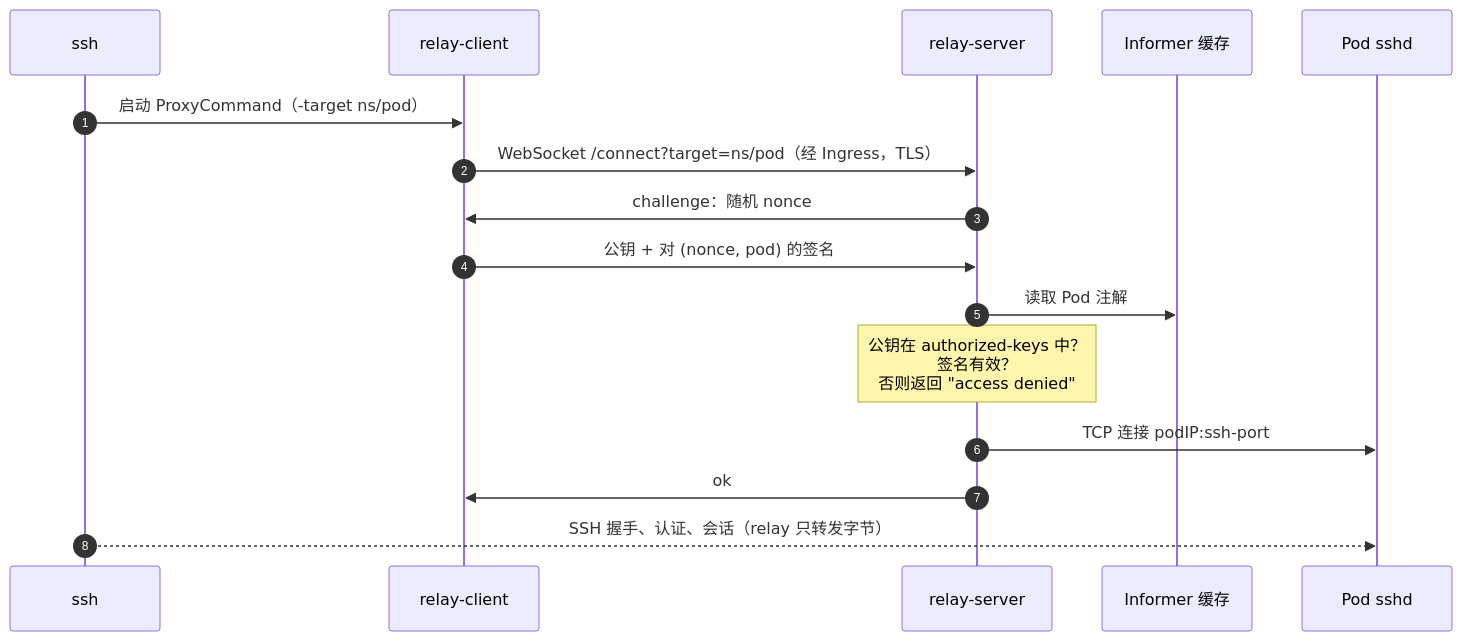
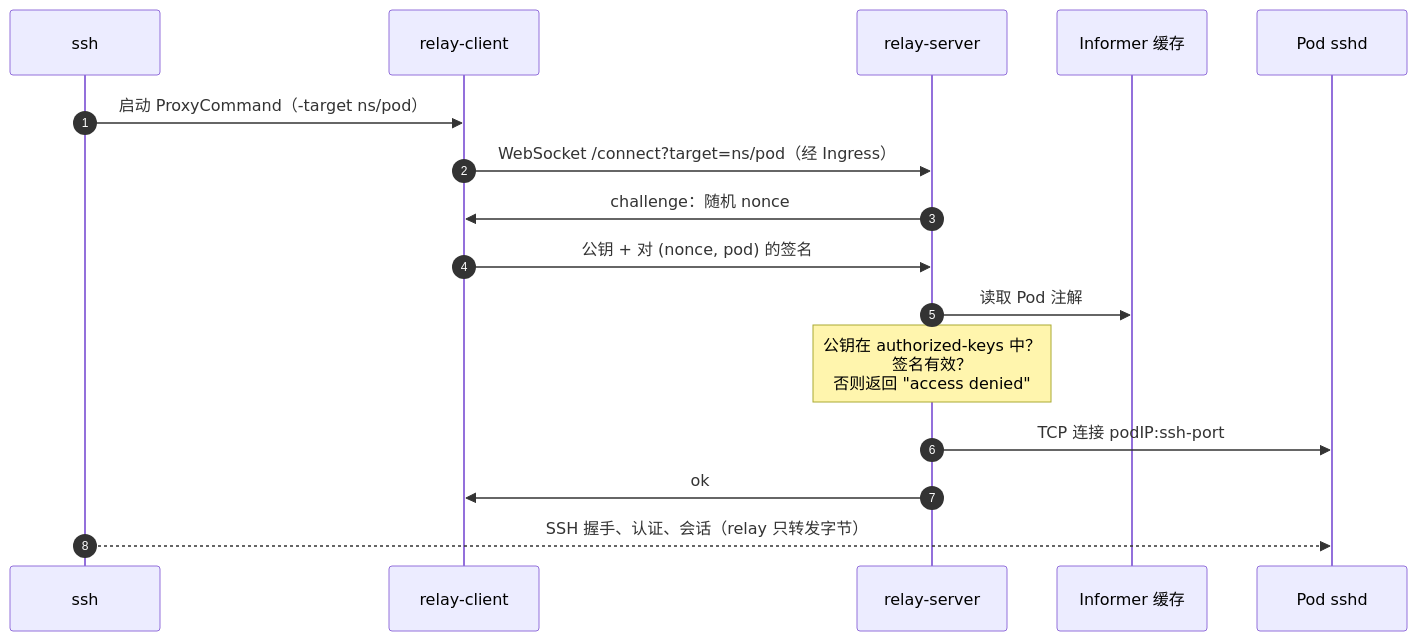
Before and after one commit to fqix/k8s-pod-ssh-relay: the second of 2 diagrams in README.zh-CN.md, drawn with Mermaid. The commit also changed other lines of this file and 12 other files, not shown here.

````diff
--- a/README.zh-CN.md
+++ b/README.zh-CN.md
@@ -55,19 +55,19 @@
 ```mermaid
 sequenceDiagram
   autonumber
   participant S as ssh
   participant C as relay-client
   participant R as relay-server
   participant I as Informer 缓存
   participant P as Pod sshd
 
   S->>C: 启动 ProxyCommand（-target ns/pod）
-  C->>R: WebSocket /connect?target=ns/pod（经 Ingress，TLS）
+  C->>R: WebSocket /connect?target=ns/pod（经 Ingress）
   R->>C: challenge：随机 nonce
   C->>R: 公钥 + 对 (nonce, pod) 的签名
   R->>I: 读取 Pod 注解
   Note over R: 公钥在 authorized-keys 中？<br/>签名有效？<br/>否则返回 "access denied"
   R->>P: TCP 连接 podIP:ssh-port
   R->>C: ok
   S-->>P: SSH 握手、认证、会话（relay 只转发字节）
 ```
````
